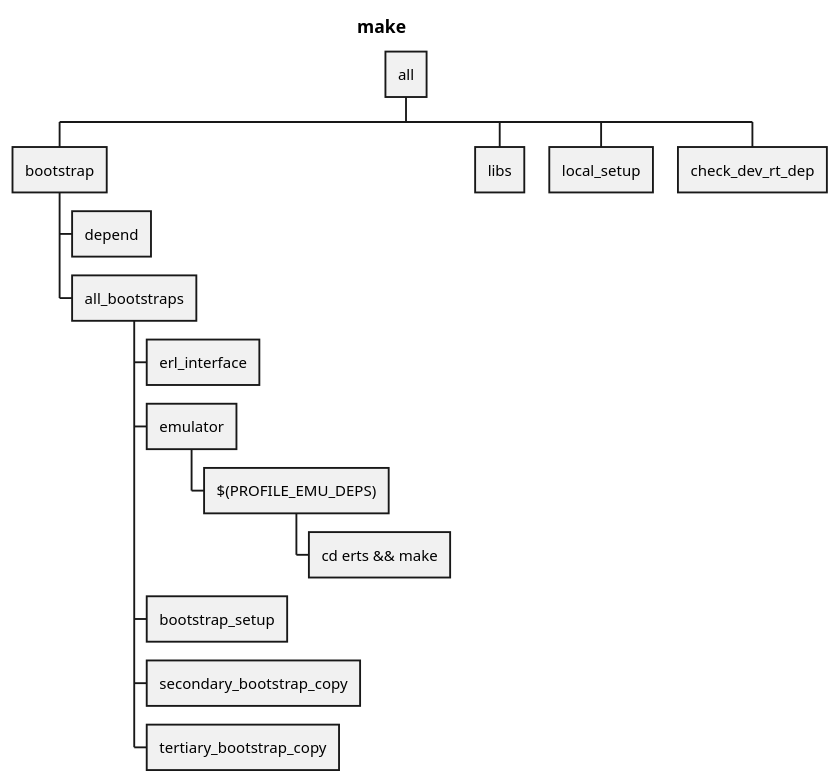
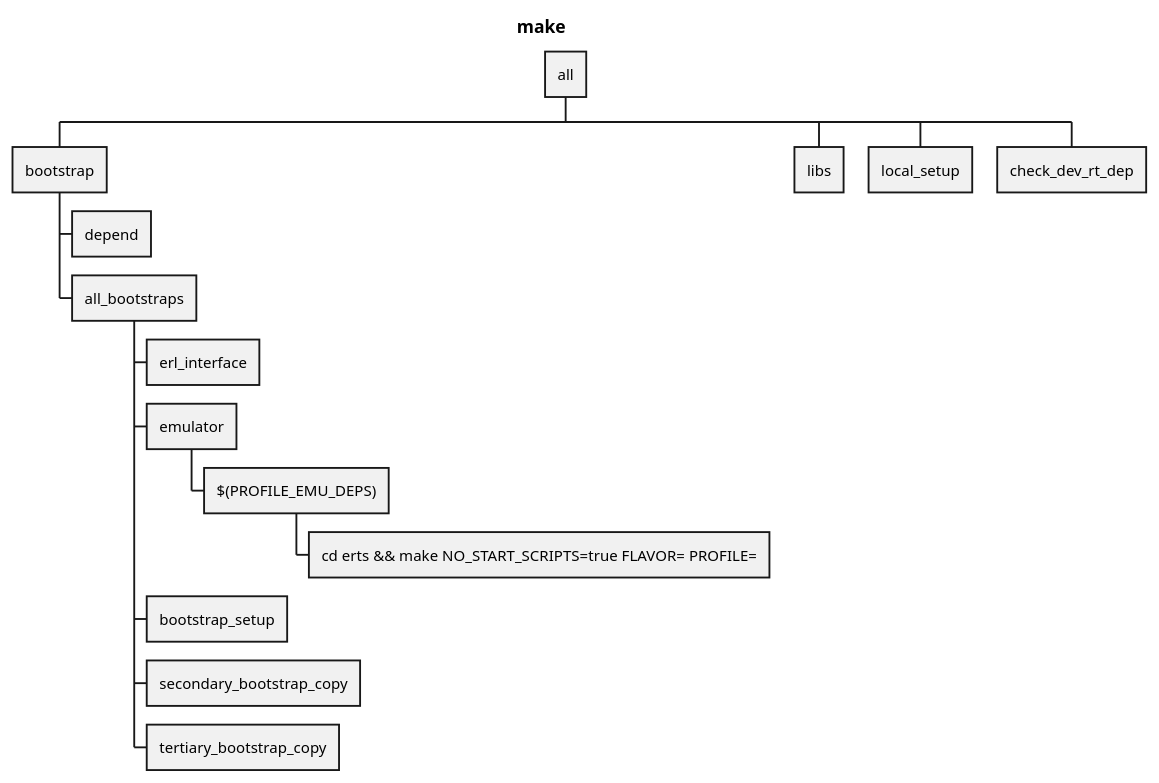
Before and after one commit to ohr486/ErlHG: the first of 4 diagrams in makefile.md, drawn with PlantUML. The commit also changed other lines of this file, not shown here.

Commit message:
fix makefile diagrams

````diff
--- a/makefile.md
+++ b/makefile.md
@@ -13,19 +17,19 @@
 ```plantuml
 @startwbs
 title make
 * all
 ** bootstrap
 *** depend
 *** all_bootstraps
 **** erl_interface
 **** emulator
 ***** $(PROFILE_EMU_DEPS)
-****** cd erts && make
+****** cd erts && make NO_START_SCRIPTS=true FLAVOR= PROFILE=
 **** bootstrap_setup
 **** secondary_bootstrap_copy
 **** tertiary_bootstrap_copy
 ** libs
 ** local_setup
 ** check_dev_rt_dep
 @endwbs
 ```
````
